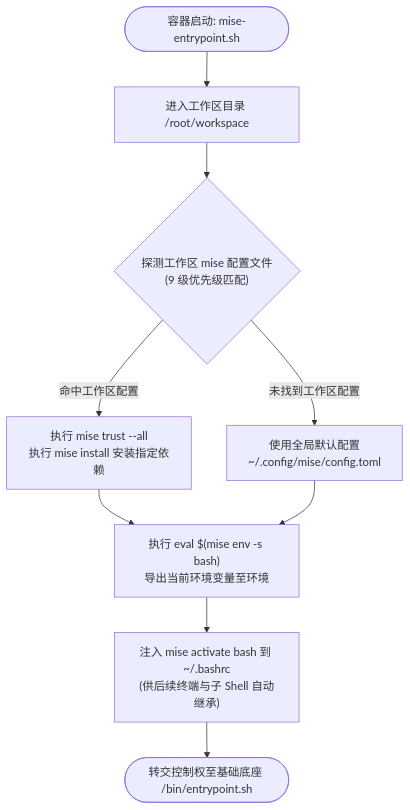
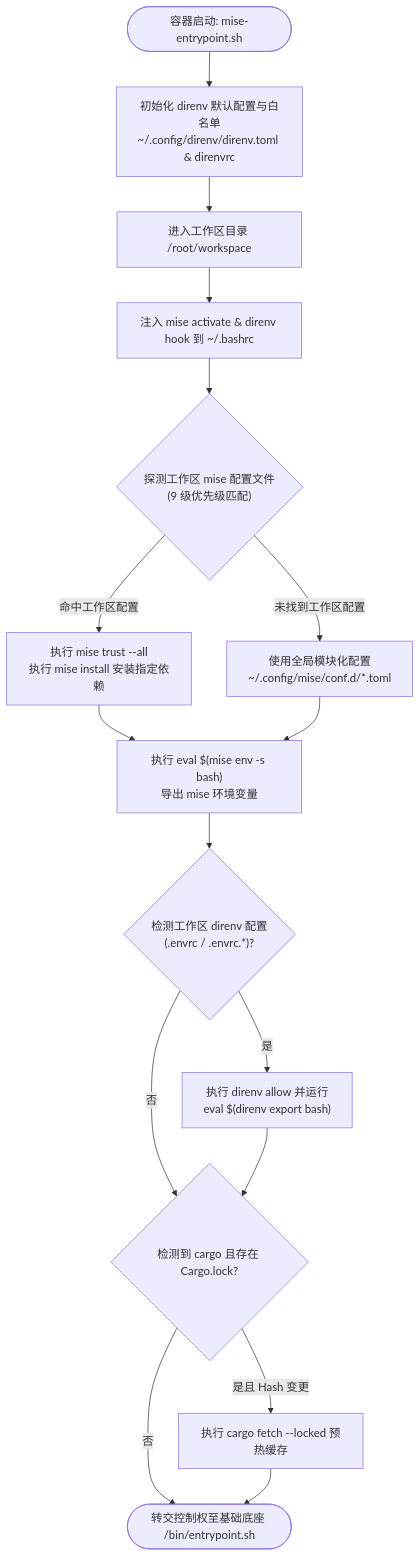
The third of 5 diagrams in README.md (shaogme/coding-images), drawn with Mermaid before and after one commit. The commit also changed other lines of this file and 22 other files, not shown here.

````diff
--- a/README.md
+++ b/README.md
@@ -146,14 +186,22 @@
 ```mermaid
 flowchart TD
-    Start(["容器启动: mise-entrypoint.sh"]) --> CheckWs["进入工作区目录 /root/workspace"]
-    CheckWs --> DetectConfig{"探测工作区 mise 配置文件<br/>(9 级优先级匹配)"}
+    Start(["容器启动: mise-entrypoint.sh"]) --> InitDirenv["初始化 direnv 默认配置与白名单<br/>~/.config/direnv/direnv.toml & direnvrc"]
+    InitDirenv --> CheckWs["进入工作区目录 /root/workspace"]
+    CheckWs --> InjectBashrc["注入 mise activate & direnv hook 到 ~/.bashrc"]
+    InjectBashrc --> DetectConfig{"探测工作区 mise 配置文件<br/>(9 级优先级匹配)"}
 
     DetectConfig -- "命中工作区配置" --> TrustInstall["执行 mise trust --all<br/>执行 mise install 安装指定依赖"]
-    DetectConfig -- "未找到工作区配置" --> UseGlobal["使用全局默认配置<br/>~/.config/mise/config.toml"]
+    DetectConfig -- "未找到工作区配置" --> UseGlobal["使用全局模块化配置<br/>~/.config/mise/conf.d/*.toml"]
 
-    TrustInstall --> ExportEnv["执行 eval $(mise env -s bash)<br/>导出当前环境变量至环境"]
-    UseGlobal --> ExportEnv
+    TrustInstall --> ExportMise["执行 eval $(mise env -s bash)<br/>导出 mise 环境变量"]
+    UseGlobal --> ExportMise
 
-    ExportEnv --> InjectBashrc["注入 mise activate bash 到 ~/.bashrc<br/>(供后续终端与子 Shell 自动继承)"]
-    InjectBashrc --> ExecBase(["转交控制权至基础底座 /bin/entrypoint.sh"])
+    ExportMise --> DetectDirenv{"检测工作区 direnv 配置<br/>(.envrc / .envrc.*)?"}
+    DetectDirenv -- "是" --> LoadDirenv["执行 direnv allow 并运行<br/>eval $(direnv export bash)"]
+    DetectDirenv -- "否" --> CargoCheck
+    LoadDirenv --> CargoCheck{"检测到 cargo 且存在 Cargo.lock?"}
+
+    CargoCheck -- "是且 Hash 变更" --> SyncCargo["执行 cargo fetch --locked 预热缓存"]
+    CargoCheck -- "否" --> ExecBase(["转交控制权至基础底座 /bin/entrypoint.sh"])
+    SyncCargo --> ExecBase
 ```
````
